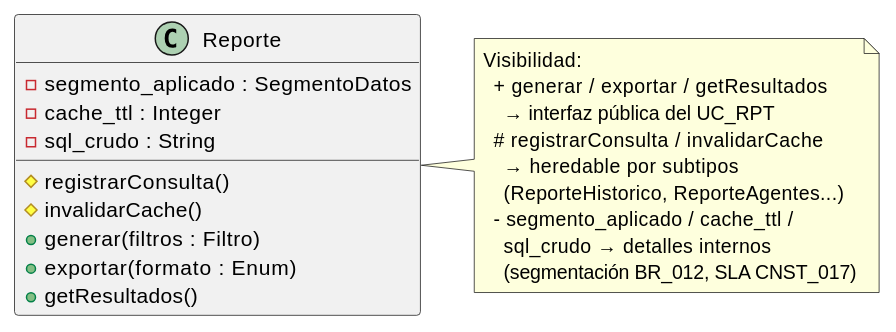
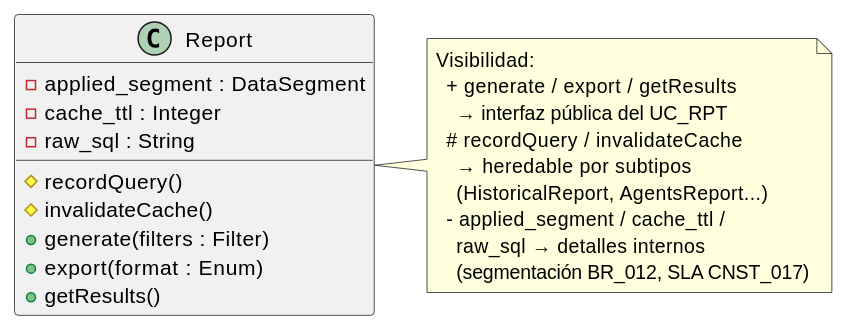
One commit to jcg-admin/IACT-docs changed the diagram in source/requisitos/_metodologia-aplicacion/agregacion-interfaces/ejemplo-clase-reporte.rst. Above: the diagram before and after it, drawn with PlantUML. The commit also changed 9 other files, not shown here.

```diff
--- a/source/requisitos/_metodologia-aplicacion/agregacion-interfaces/ejemplo-clase-reporte.rst
+++ b/source/requisitos/_metodologia-aplicacion/agregacion-interfaces/ejemplo-clase-reporte.rst
@@ -4,27 +4,27 @@
 .. uml::
 
    @startuml
    allowmixing
 
-   class Reporte {
-     - segmento_aplicado : SegmentoDatos
+   class Report {
+     - applied_segment : DataSegment
      - cache_ttl : Integer
-     - sql_crudo : String
-     # registrarConsulta()
-     # invalidarCache()
-     + generar(filtros : Filtro)
-     + exportar(formato : Enum)
-     + getResultados()
+     - raw_sql : String
+     # recordQuery()
+     # invalidateCache()
+     + generate(filters : Filter)
+     + export(format : Enum)
+     + getResults()
    }
-   note right of Reporte
+   note right of Report
      Visibilidad:
-       + generar / exportar / getResultados
+       + generate / export / getResults
          → interfaz pública del UC_RPT
-       # registrarConsulta / invalidarCache
+       # recordQuery / invalidateCache
          → heredable por subtipos
-         (ReporteHistorico, ReporteAgentes...)
-       - segmento_aplicado / cache_ttl /
-         sql_crudo → detalles internos
+         (HistoricalReport, AgentsReport...)
+       - applied_segment / cache_ttl /
+         raw_sql → detalles internos
          (segmentación BR_012, SLA CNST_017)
    end note
    @enduml
```
